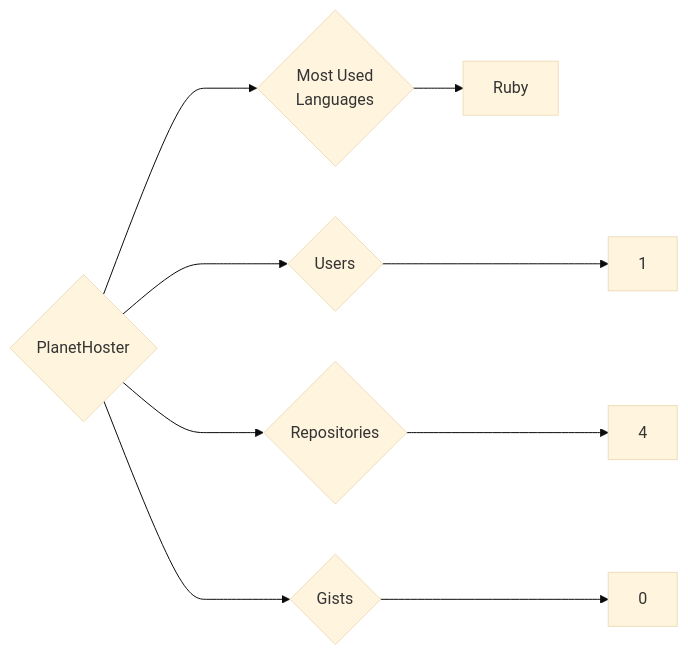
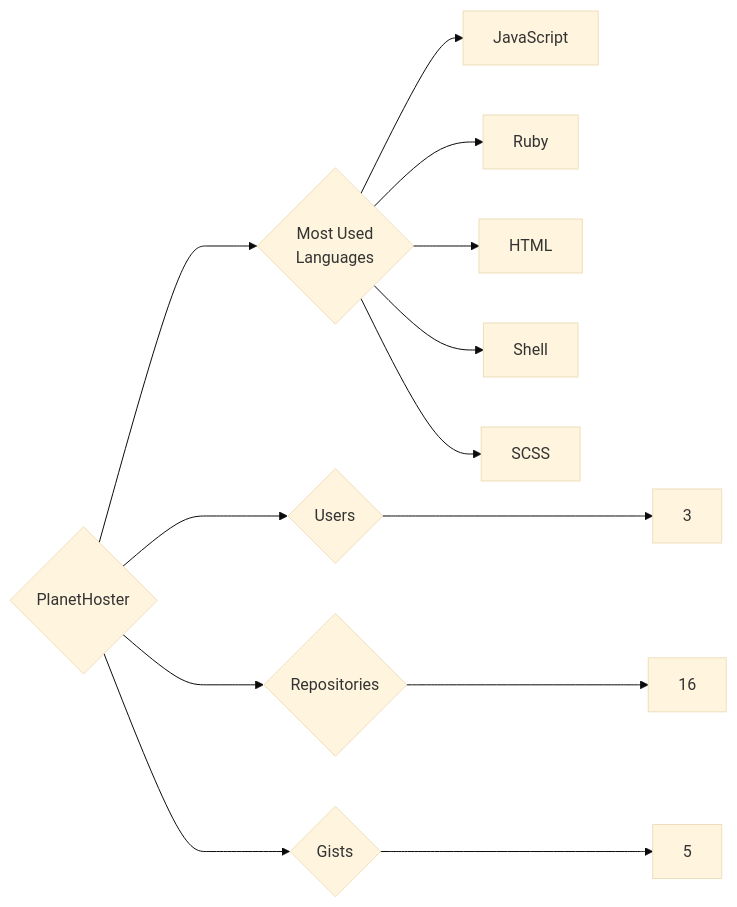
Before and after one commit to trickest/insiders: the diagram in targets/PlanetHoster/README.md, drawn with Mermaid (base theme). The commit also changed 955 other files, not shown here.

````diff
--- a/targets/PlanetHoster/README.md
+++ b/targets/PlanetHoster/README.md
@@ -3,9 +3,13 @@
 ```mermaid
 graph LR
 COMPANY_NAME{PlanetHoster}
-COMPANY_NAME ---> U{Users} ---> UN[1]
-COMPANY_NAME ---> R{Repositories} ---> RN[4]
-COMPANY_NAME ---> G{Gists} ---> GN[0]
+COMPANY_NAME ---> U{Users} ---> UN[3]
+COMPANY_NAME ---> R{Repositories} ---> RN[16]
+COMPANY_NAME ---> G{Gists} ---> GN[5]
 COMPANY_NAME ---> ML{Most Used<br>Languages}
+ML --> JavaScript[JavaScript]
 ML --> Ruby[Ruby]
+ML --> HTML[HTML]
+ML --> Shell[Shell]
+ML --> SCSS[SCSS]
 ```
````
